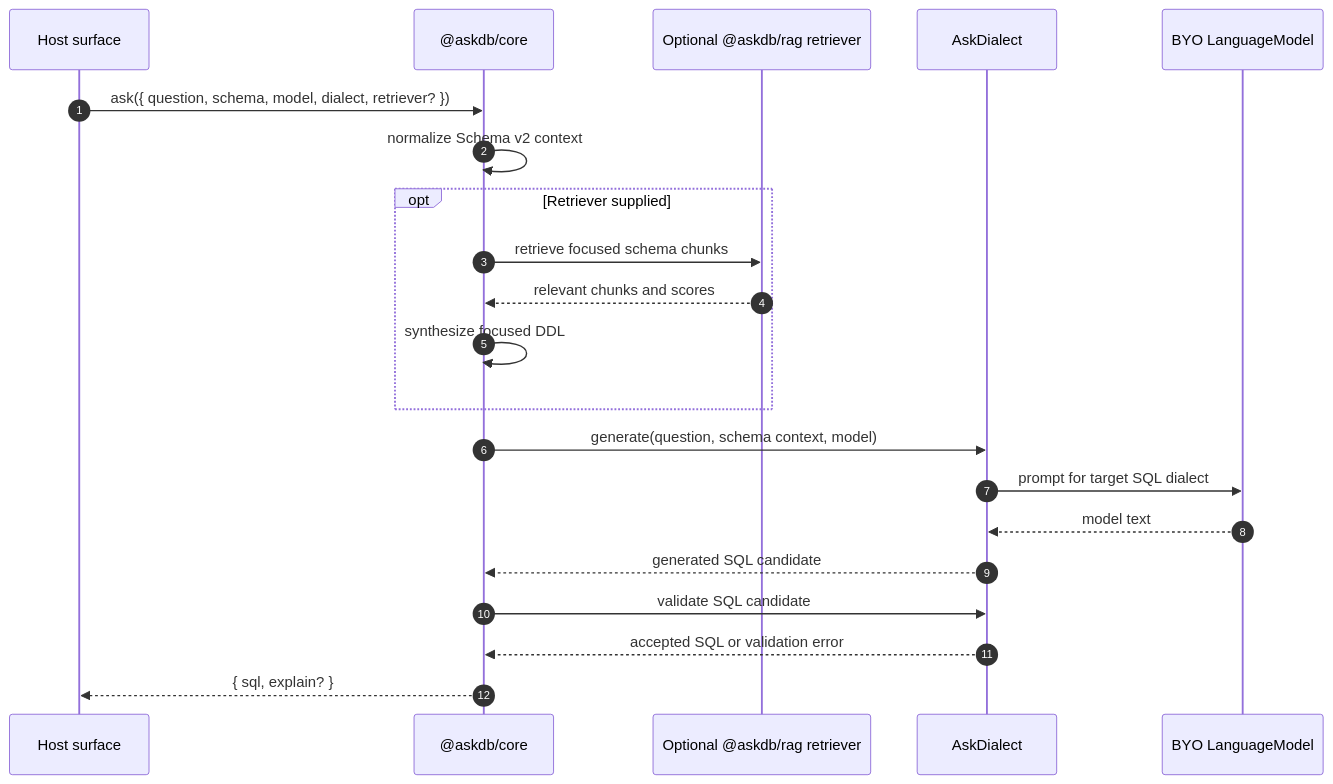
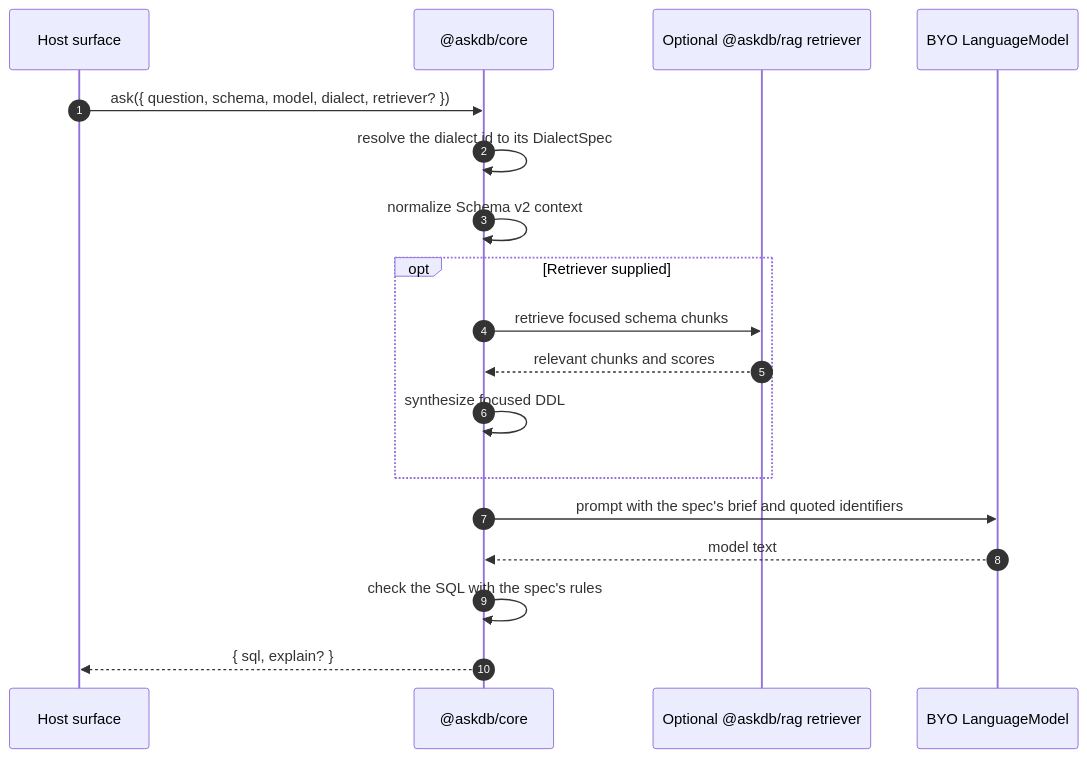
One commit to Ygilany/AskDB changed the fourth of 7 diagrams in docs/architecture.md. Above: the diagram before and after it, drawn with Mermaid. The commit also changed other lines of this file and 17 other files, not shown here.

First line of the commit message:
docs(adr): ADR 0029 — @askdb/core owns the built-in dialect specs (#464)

````diff
--- a/docs/architecture.md
+++ b/docs/architecture.md
@@ -192,24 +193,21 @@
 ```mermaid
 sequenceDiagram
   autonumber
   participant Host as Host surface
   participant Core as @askdb/core
   participant Rag as Optional @askdb/rag retriever
-  participant Dialect as AskDialect
   participant Model as BYO LanguageModel
 
   Host->>Core: ask({ question, schema, model, dialect, retriever? })
+  Core->>Core: resolve the dialect id to its DialectSpec
   Core->>Core: normalize Schema v2 context
   opt Retriever supplied
     Core->>Rag: retrieve focused schema chunks
     Rag-->>Core: relevant chunks and scores
     Core->>Core: synthesize focused DDL
   end
-  Core->>Dialect: generate(question, schema context, model)
-  Dialect->>Model: prompt for target SQL dialect
-  Model-->>Dialect: model text
-  Dialect-->>Core: generated SQL candidate
-  Core->>Dialect: validate SQL candidate
-  Dialect-->>Core: accepted SQL or validation error
+  Core->>Model: prompt with the spec's brief and quoted identifiers
+  Model-->>Core: model text
+  Core->>Core: check the SQL with the spec's rules
   Core-->>Host: { sql, explain? }
 ```
````
